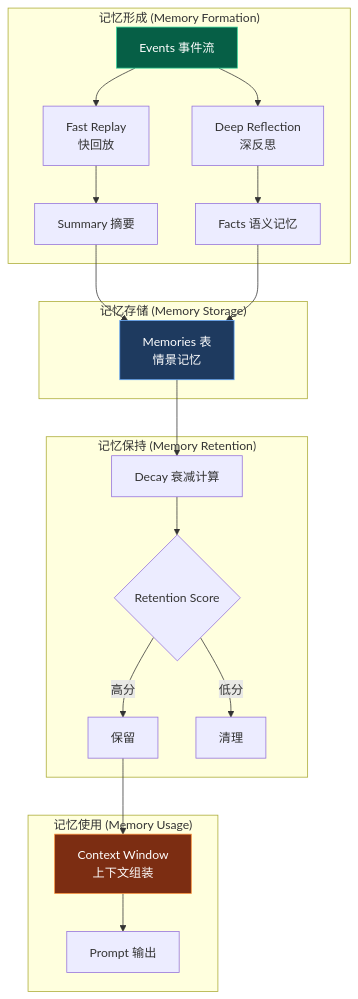
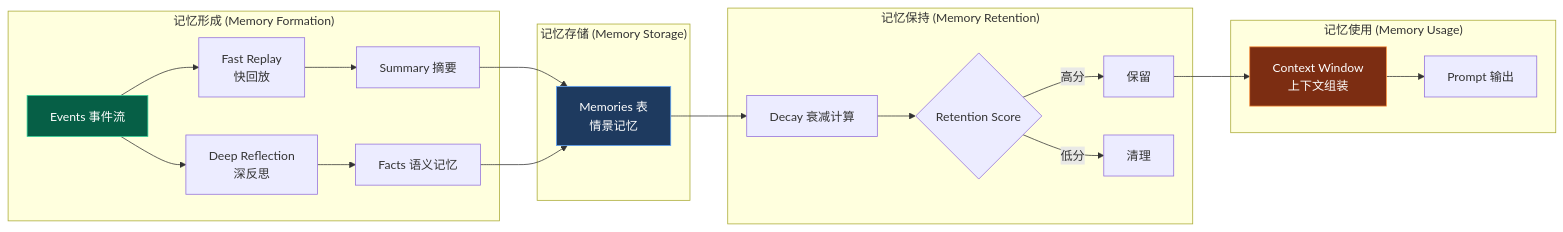
The second of 8 diagrams in docs/engine/020-the-hippocampus.md (ThreeFish-AI/agentic-ai-cognizes), drawn with Mermaid before and after one commit. The commit also changed other lines of this file, not shown here.

First line of the commit message:
docs(engine): 优化 Hippocampus 文档结构，新增执行导图章节;

````diff
--- a/docs/engine/020-the-hippocampus.md
+++ b/docs/engine/020-the-hippocampus.md
@@ -69,30 +69,30 @@
 ```mermaid
-graph TB
+graph LR
     subgraph "记忆形成 (Memory Formation)"
         E[Events 事件流] --> FR[Fast Replay<br>快回放]
         FR --> S[Summary 摘要]
         E --> DR[Deep Reflection<br>深反思]
         DR --> F[Facts 语义记忆]
     end
 
     subgraph "记忆存储 (Memory Storage)"
         S --> M[Memories 表<br>情景记忆]
         F --> M
     end
 
     subgraph "记忆保持 (Memory Retention)"
         M --> D[Decay 衰减计算]
         D --> C{Retention Score}
         C -->|高分| K[保留]
         C -->|低分| R[清理]
     end
 
     subgraph "记忆使用 (Memory Usage)"
         K --> CW[Context Window<br>上下文组装]
         CW --> P[Prompt 输出]
     end
 
     style E fill:#065f46,stroke:#34d399,color:#fff
     style M fill:#1e3a5f,stroke:#60a5fa,color:#fff
     style CW fill:#7c2d12,stroke:#fb923c,color:#fff
 ```
````
